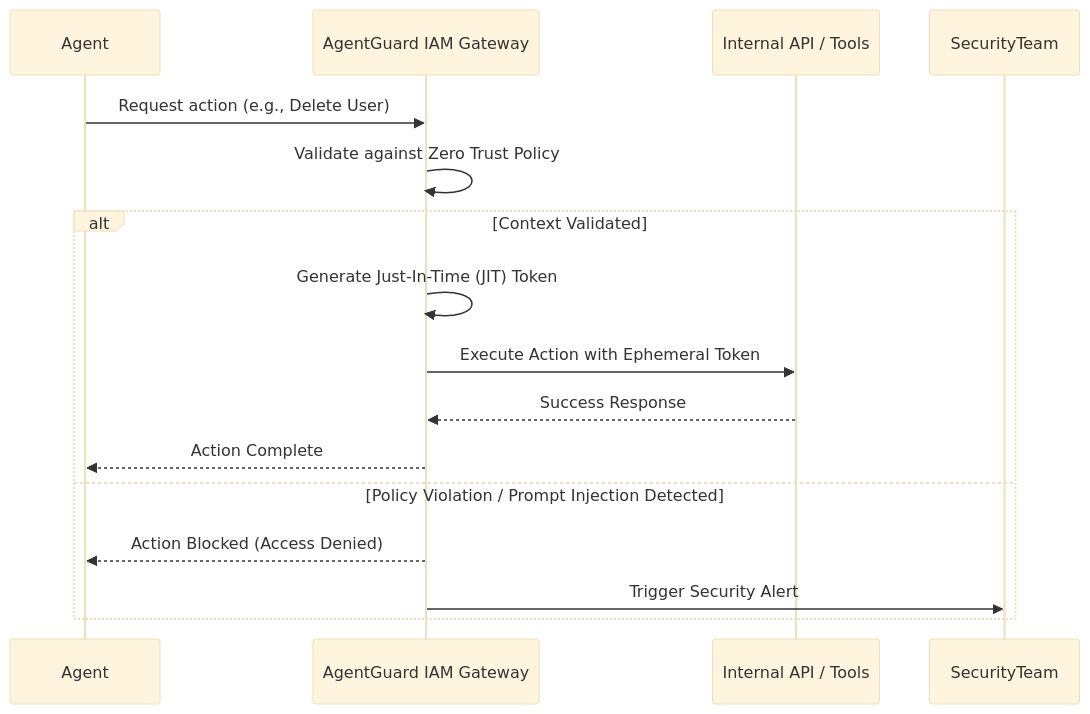
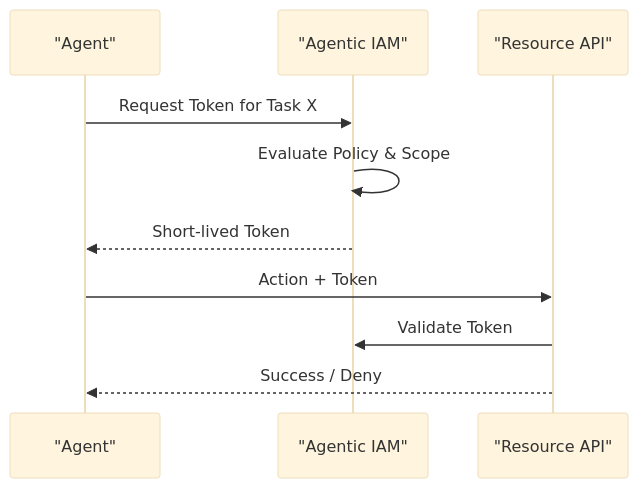
One commit to flouzzy/top-100-ai-startup-ideas changed the second of 2 diagrams in ideas/agentic-iam/README.md. Above: the diagram before and after it, drawn with Mermaid (base theme). The commit also changed other lines of this file and 41 other files, not shown here.

````diff
--- a/ideas/agentic-iam/README.md
+++ b/ideas/agentic-iam/README.md
@@ -39,17 +41,12 @@
 ```mermaid
 sequenceDiagram
-    participant Agent
-    participant Gateway as AgentGuard IAM Gateway
-    participant Tools as Internal API / Tools
-    Agent->>Gateway: Request action (e.g., Delete User)
-    Gateway->>Gateway: Validate against Zero Trust Policy
-    alt Context Validated
-        Gateway->>Gateway: Generate Just-In-Time (JIT) Token
-        Gateway->>Tools: Execute Action with Ephemeral Token
-        Tools-->>Gateway: Success Response
-        Gateway-->>Agent: Action Complete
-    else Policy Violation / Prompt Injection Detected
-        Gateway-->>Agent: Action Blocked (Access Denied)
-        Gateway->>SecurityTeam: Trigger Security Alert
-    end
+    participant Ag as "Agent"
+    participant IAM as "Agentic IAM"
+    participant Res as "Resource API"
+    Ag->>IAM: Request Token for Task X
+    IAM->>IAM: Evaluate Policy & Scope
+    IAM-->>Ag: Short-lived Token
+    Ag->>Res: Action + Token
+    Res->>IAM: Validate Token
+    Res-->>Ag: Success / Deny
 ```
````
